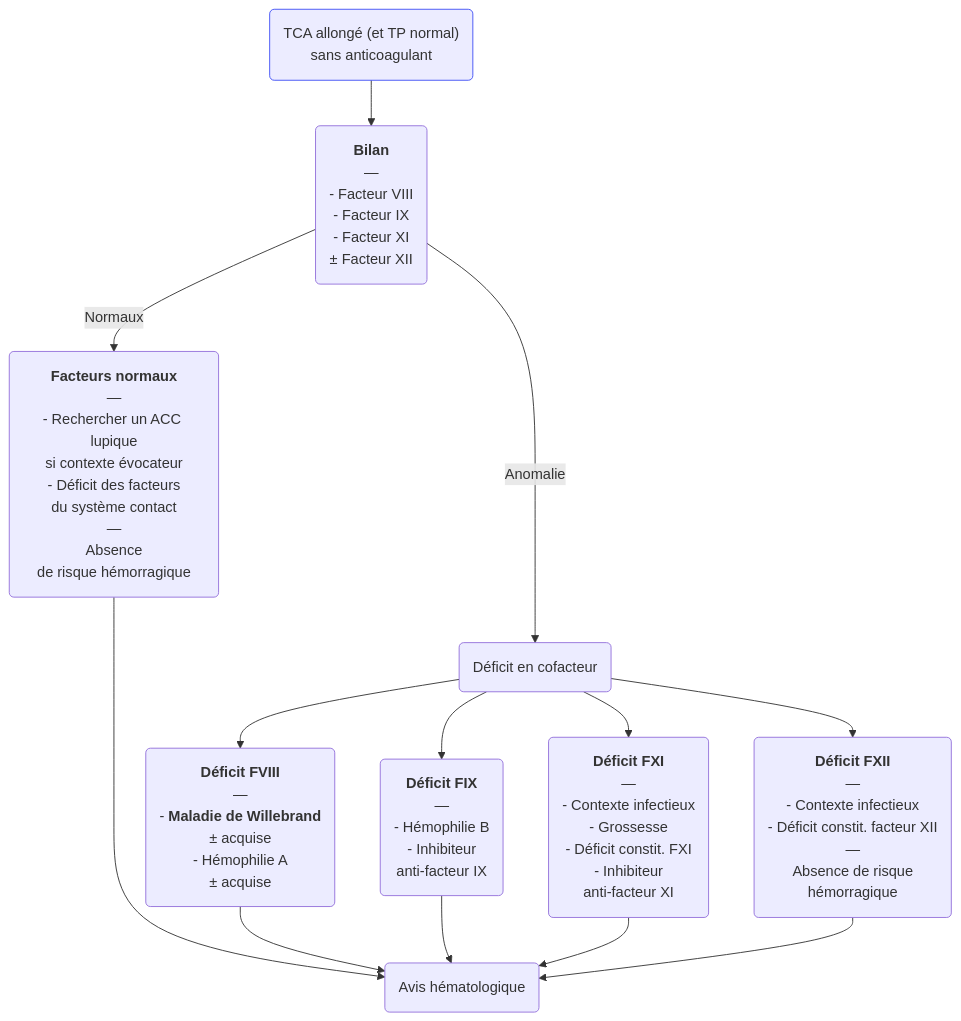
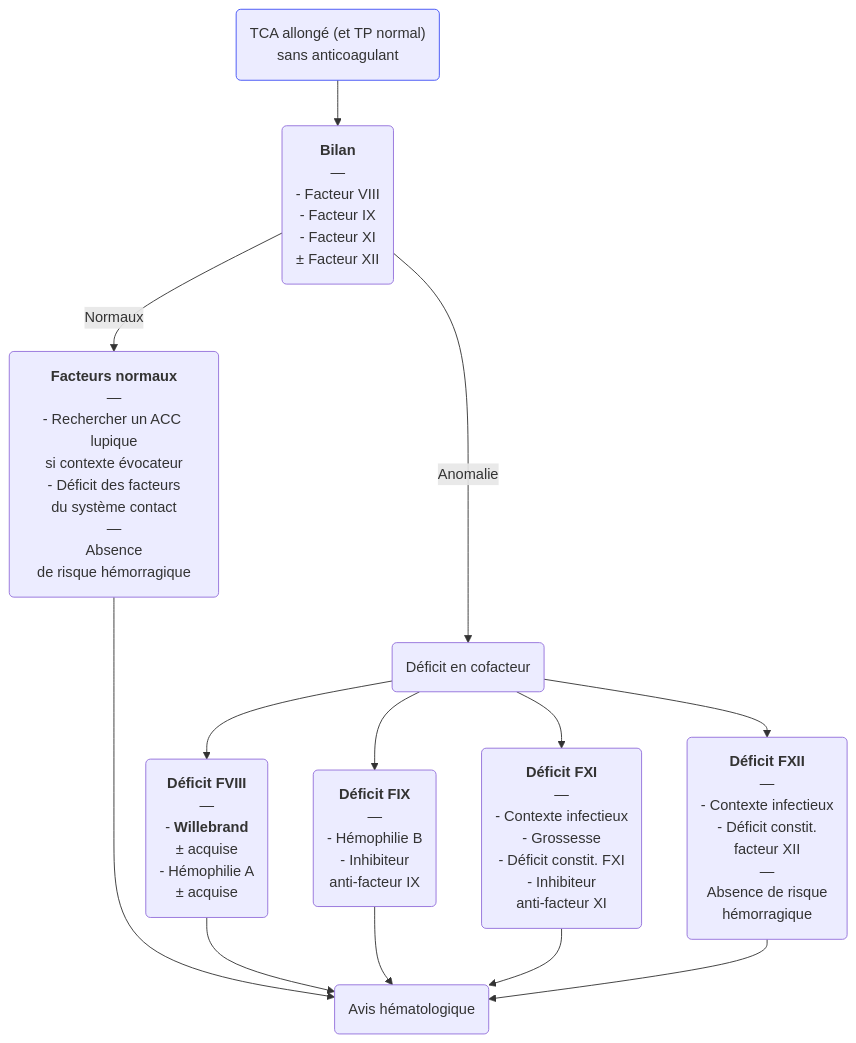
Before and after one commit to djibe/recommandations-medicales: the second of 2 diagrams in content/recommandations/anomalies-tp-tca.md, drawn with Mermaid. The commit also changed other lines of this file and 2 other files, not shown here.

Commit message:
Improve flowchart

```diff
--- a/content/recommandations/anomalies-tp-tca.md
+++ b/content/recommandations/anomalies-tp-tca.md
@@ -194,11 +195,11 @@
 {{< mermaid title="Prise en charge d'un TCA allongé. Dr JB Fron d'après SFNMI 2024" >}}
 graph TB
   TCA("TCA allongé (et TP normal)<br>sans anticoagulant") --> bilan("<b>Bilan</b><br>—<br>- Facteur VIII<br>- Facteur IX<br>- Facteur XI<br>± Facteur XII")
     bilan -- Normaux --> sc1("<b>Facteurs normaux</b><br>—<br>- Rechercher un ACC lupique<br>si contexte évocateur<br>- Déficit des facteurs<br>du système contact<br>—<br>Absence<br>de risque hémorragique") ----> hémato(Avis hématologique)
     bilan -- Anomalie --> anormaux(Déficit en cofacteur)
-    anormaux --> sc2("<b>Déficit FVIII</b><br>—<br>- <b>Maladie de Willebrand</b><br>± acquise<br>- Hémophilie A<br>± acquise") --> hémato
+    anormaux --> sc2("<b>Déficit FVIII</b><br>—<br>- <b>Willebrand</b><br>± acquise<br>- Hémophilie A<br>± acquise") --> hémato
     anormaux --> sc3("<b>Déficit FIX</b><br>—<br>- Hémophilie B<br>- Inhibiteur<br>anti-facteur IX") --> hémato
     anormaux --> sc4("<b>Déficit FXI</b><br>—<br>- Contexte infectieux<br>- Grossesse<br>- Déficit constit. FXI<br>- Inhibiteur<br>anti-facteur XI") --> hémato
-    anormaux --> sc5("<b>Déficit FXII</b><br>—<br>- Contexte infectieux<br>- Déficit constit. facteur XII<br>—<br>Absence de risque<br>hémorragique") --> hémato
+    anormaux --> sc5("<b>Déficit FXII</b><br>—<br>- Contexte infectieux<br>- Déficit constit.<br>facteur XII<br>—<br>Absence de risque<br>hémorragique") --> hémato
   style TCA stroke:#4150f5, stroke-width:1px
 {{< /mermaid >}}
```
